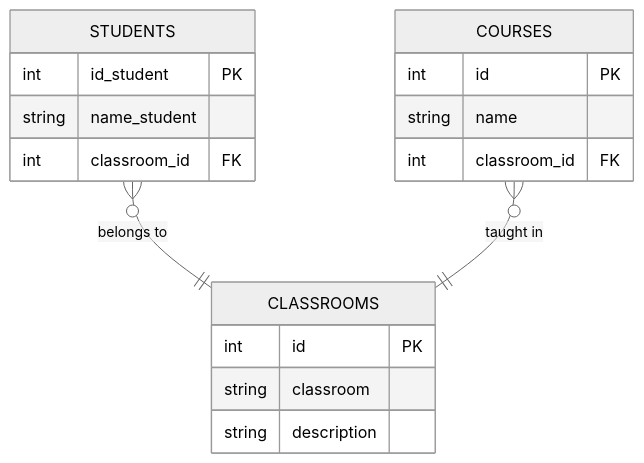
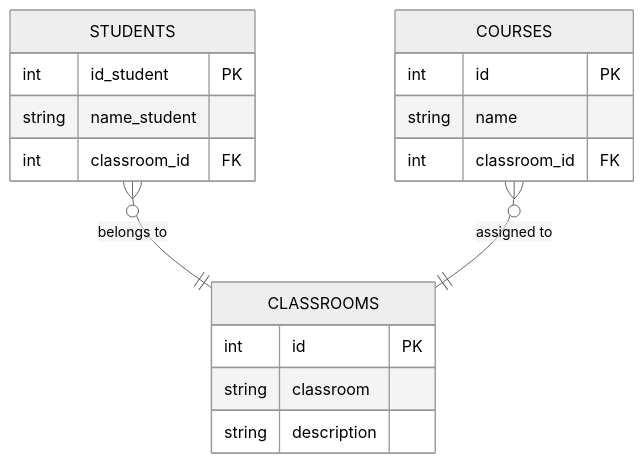
One commit to iulian640/sql-exercises changed the diagram in Ej. - Students-Classrooms-Courses/README.md. Above: the diagram before and after it, drawn with Mermaid (neutral theme). The commit also changed other lines of this file, not shown here.

````diff
--- a/Ej. - Students-Classrooms-Courses/README.md
+++ b/Ej. - Students-Classrooms-Courses/README.md
@@ -46,21 +46,21 @@
 ```mermaid
 erDiagram
     STUDENTS {
         int id_student PK
         string name_student
         int classroom_id FK
     }
     CLASSROOMS {
         int id PK
         string classroom
         string description
     }
     COURSES {
         int id PK
         string name
         int classroom_id FK
     }
 
     STUDENTS }o--|| CLASSROOMS : "belongs to"
-    COURSES }o--|| CLASSROOMS : "taught in"
+    COURSES }o--|| CLASSROOMS : "assigned to"
 ```
````
